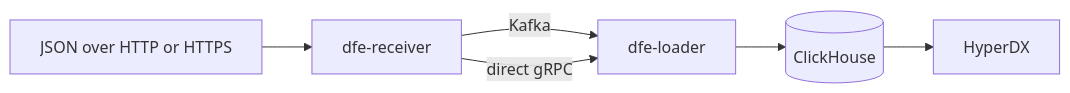
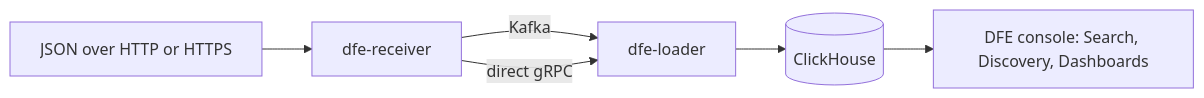
The diagram in docs-site/content-root/README.md (hyperi-io/dfe-infra), drawn with Mermaid before and after one commit. The commit also changed other lines of this file, not shown here.

First line of the commit message:
fix(docs): replace HyperDX naming in the overview

````diff
--- a/docs-site/content-root/README.md
+++ b/docs-site/content-root/README.md
@@ -17,8 +17,8 @@
 ```mermaid
 flowchart LR
   S[JSON over HTTP or HTTPS] --> R[dfe-receiver]
   R -->|Kafka| L[dfe-loader]
   R -->|direct gRPC| L
   L --> C[(ClickHouse)]
-  C --> H[HyperDX]
+  C --> U[DFE console: Search, Discovery, Dashboards]
 ```
````
